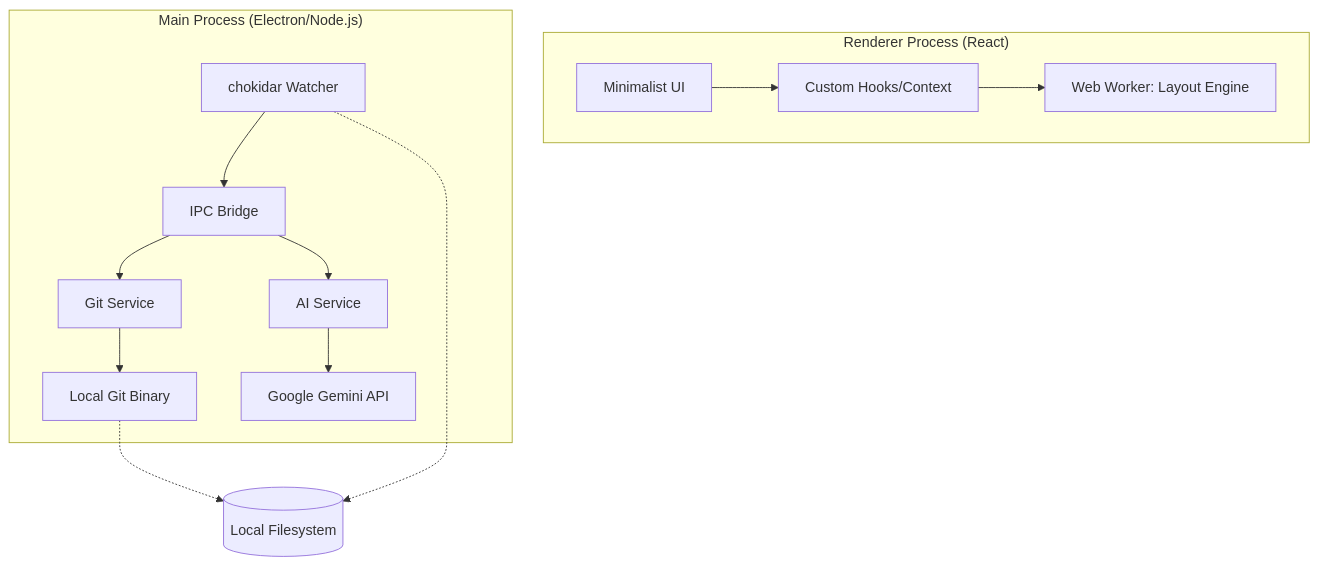
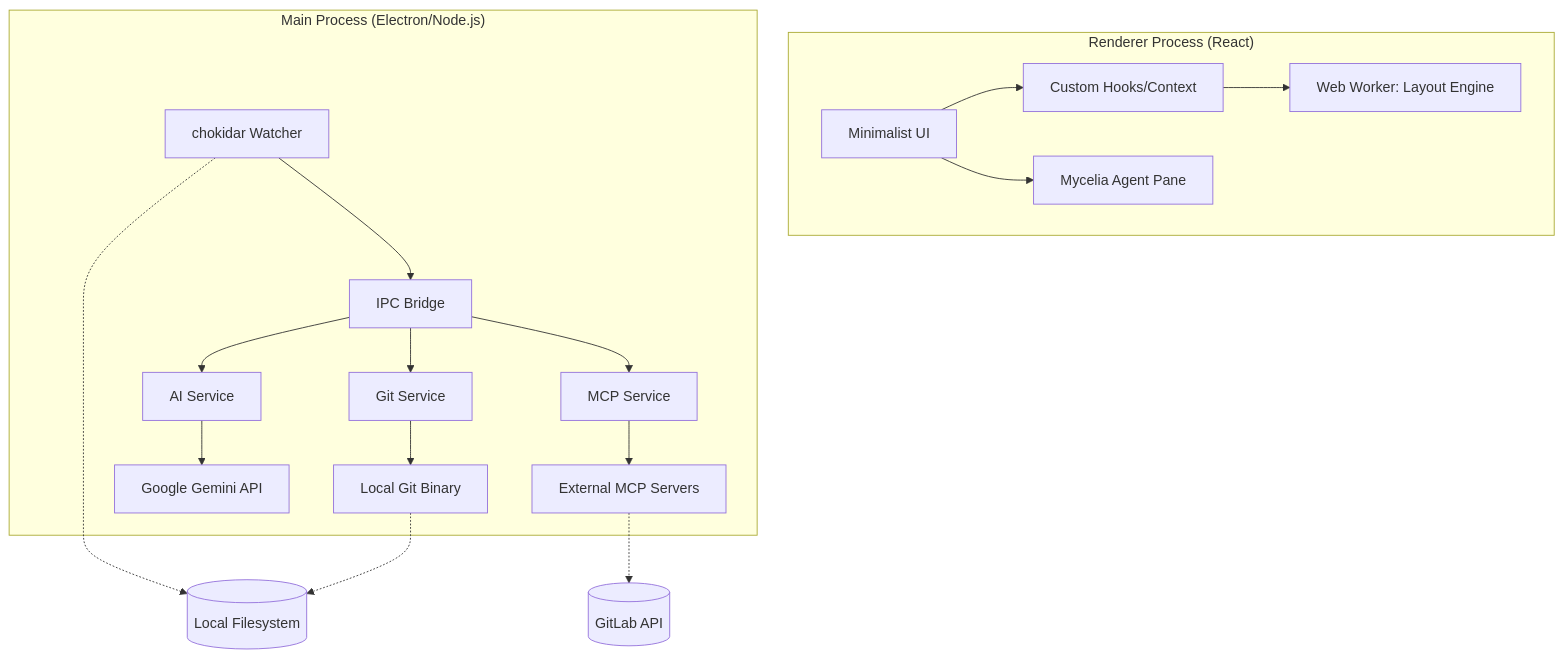
The diagram in documentation.md (TainYanTun/GitCanopy), drawn with Mermaid before and after one commit. The commit also changed other lines of this file and 11 other files, not shown here.

First line of the commit message:
feat(ai-agent): Introduce Mycelia AI agent with MCP

````diff
--- a/documentation.md
+++ b/documentation.md
@@ -32,18 +54,22 @@
 ```mermaid
 graph TD
     subgraph "Renderer Process (React)"
         UI[Minimalist UI] --> Hook[Custom Hooks/Context]
         Hook --> Worker[Web Worker: Layout Engine]
+        UI --> MyceliaUI[Mycelia Agent Pane]
     end
 
     subgraph "Main Process (Electron/Node.js)"
         IPC[IPC Bridge] --> GitS[Git Service]
         IPC --> AIS[AI Service]
+        IPC --> MCPS[MCP Service]
         GitS --> Binary[Local Git Binary]
         AIS --> Gemini[Google Gemini API]
+        MCPS --> MCPServers[External MCP Servers]
         Watcher[chokidar Watcher] --> IPC
     end
 
     Binary -.-> FS[(Local Filesystem)]
     Watcher -.-> FS
+    MCPServers -.-> GitLab[(GitLab API)]
 ```
````
